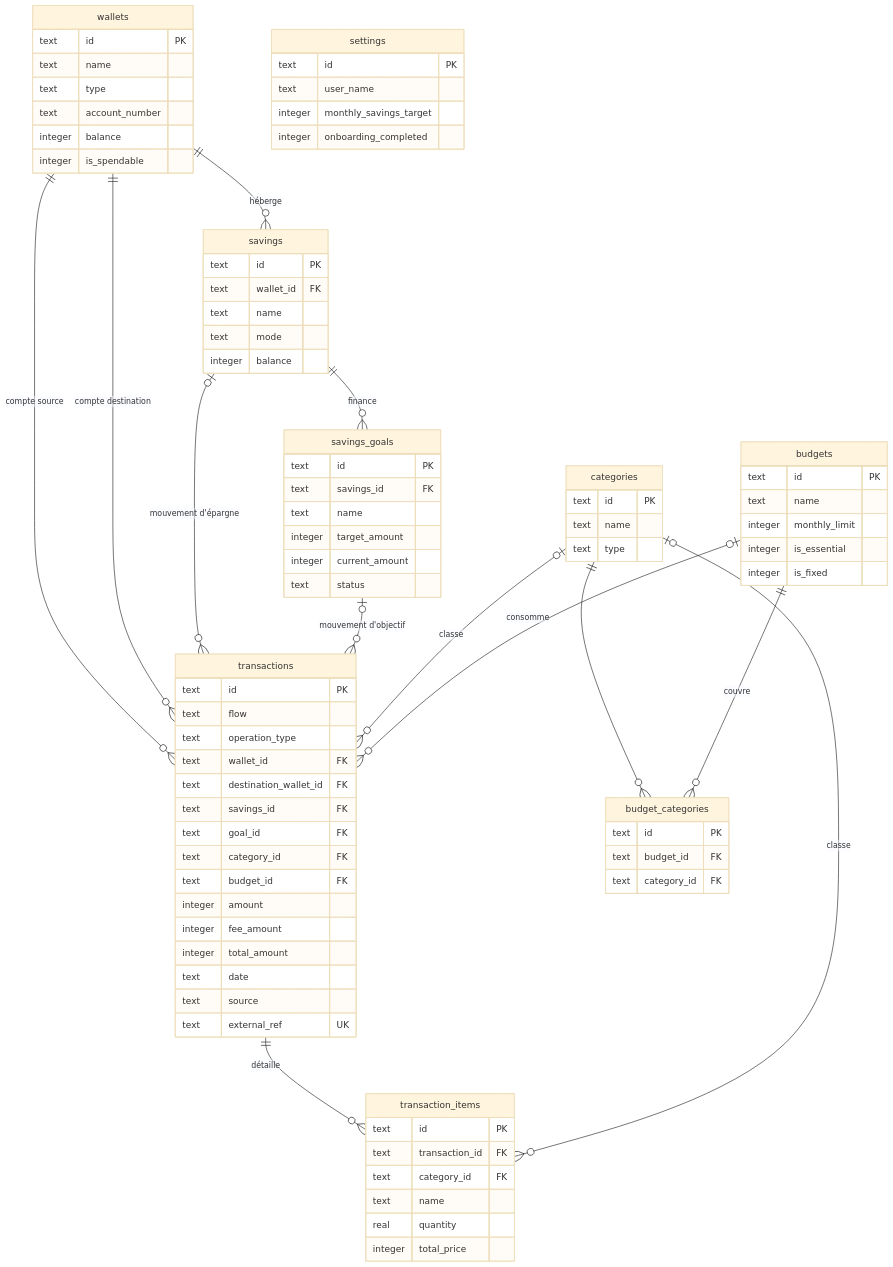
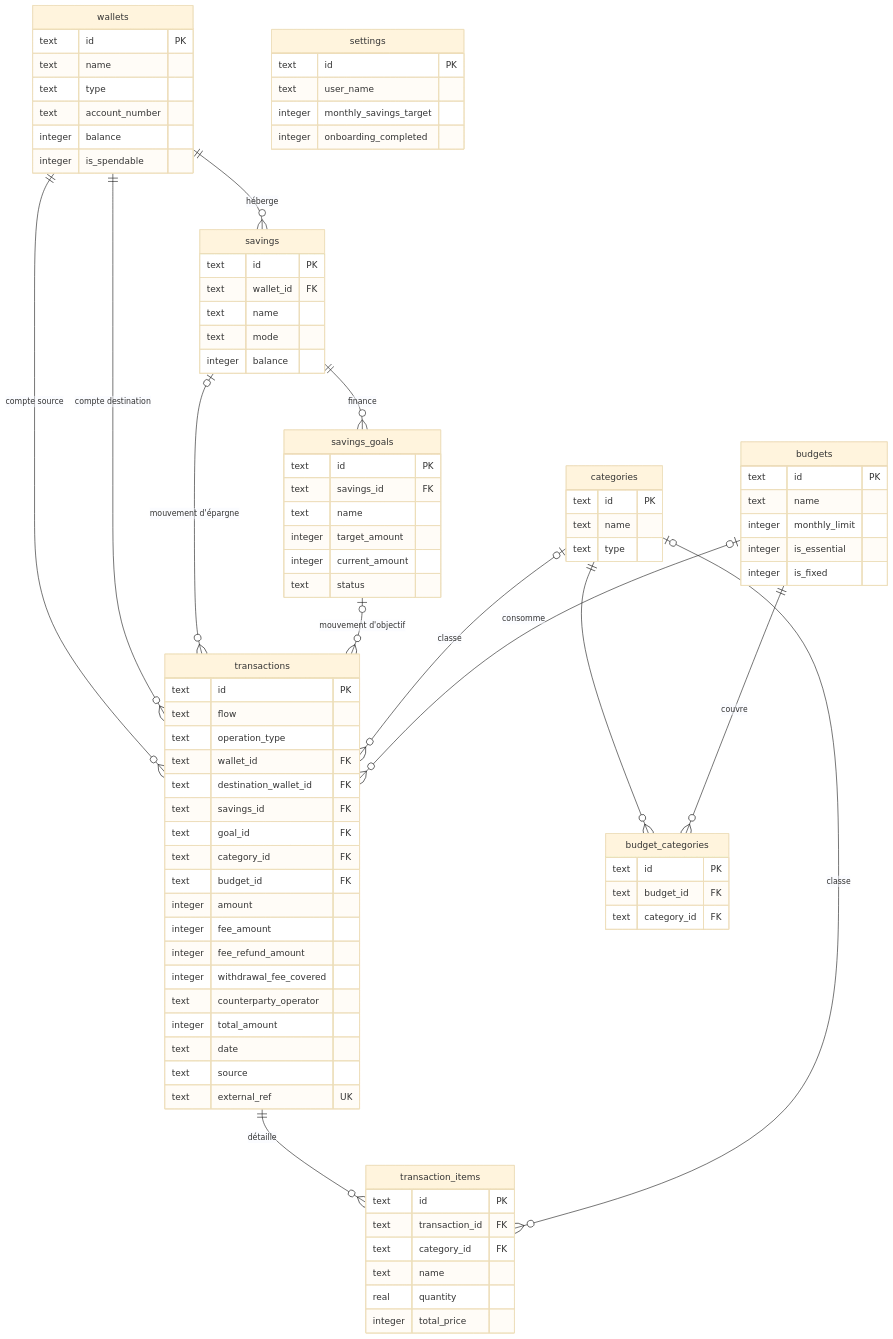
The diagram in docs/DATA_MODEL.md (krishna2206/finance-app), drawn with Mermaid (base theme) before and after one commit. The commit also changed other lines of this file and 18 other files, not shown here.

```diff
--- a/docs/DATA_MODEL.md
+++ b/docs/DATA_MODEL.md
@@ -80,6 +80,9 @@
         text budget_id FK
         integer amount
         integer fee_amount
+        integer fee_refund_amount
+        integer withdrawal_fee_covered
+        text counterparty_operator
         integer total_amount
         text date
         text source
```
